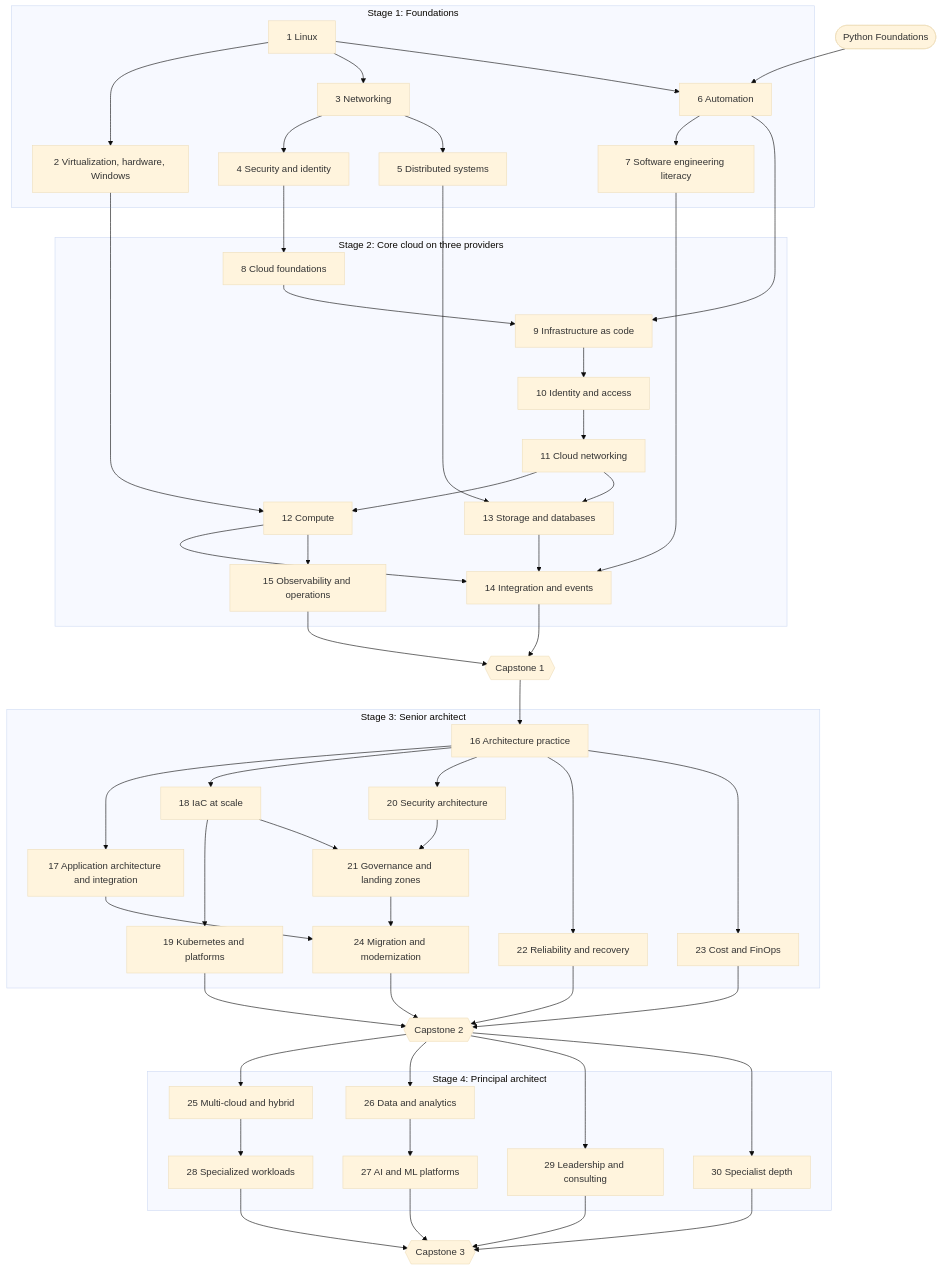
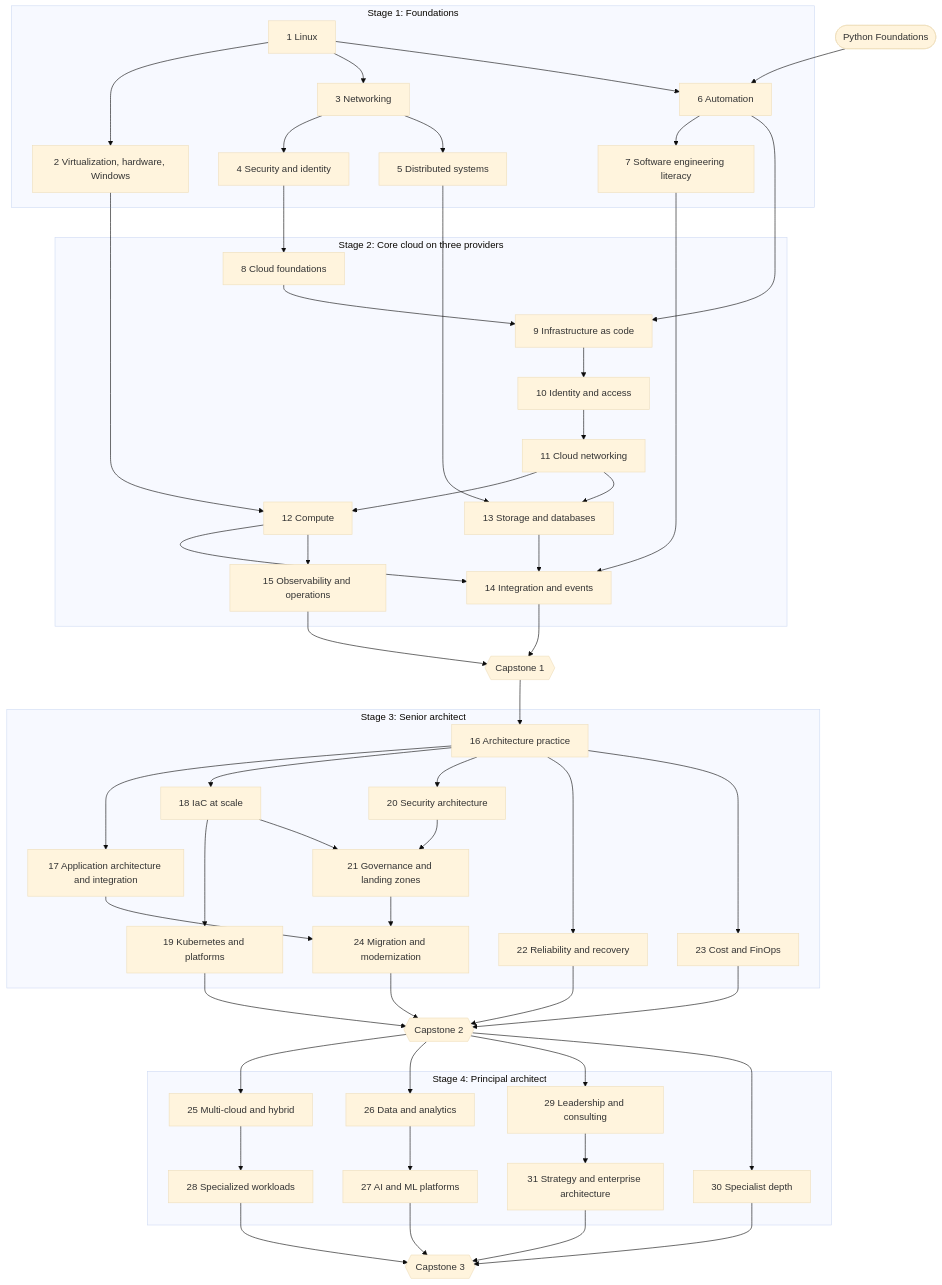
Before and after one commit to arasmussen64/education-platform: the diagram in docs/specs/cloud-solutions-architect.md, drawn with Mermaid (base theme). The commit also changed other lines of this file and 43 other files, not shown here.

````diff
--- a/docs/specs/cloud-solutions-architect.md
+++ b/docs/specs/cloud-solutions-architect.md
@@ -149,63 +193,65 @@
 ```mermaid
 flowchart TB
   py(["Python Foundations"])
   subgraph S1["Stage 1: Foundations"]
     m1["1 Linux"] --> m2["2 Virtualization, hardware, Windows"]
     m1 --> m3["3 Networking"]
     m3 --> m4["4 Security and identity"]
     m3 --> m5["5 Distributed systems"]
     m1 --> m6["6 Automation"]
     m6 --> m7["7 Software engineering literacy"]
   end
   py --> m6
 
   subgraph S2["Stage 2: Core cloud on three providers"]
     m8["8 Cloud foundations"] --> m9["9 Infrastructure as code"]
     m9 --> m10["10 Identity and access"]
     m10 --> m11["11 Cloud networking"]
     m11 --> m12["12 Compute"]
     m11 --> m13["13 Storage and databases"]
     m12 --> m14["14 Integration and events"]
     m13 --> m14
     m12 --> m15["15 Observability and operations"]
   end
   m4 --> m8
   m6 --> m9
   m2 --> m12
   m5 --> m13
   m7 --> m14
   m14 --> c1{{"Capstone 1"}}
   m15 --> c1
 
   subgraph S3["Stage 3: Senior architect"]
     m16["16 Architecture practice"]
     m17["17 Application architecture and integration"]
     m18["18 IaC at scale"]
     m19["19 Kubernetes and platforms"]
     m20["20 Security architecture"]
     m21["21 Governance and landing zones"]
     m22["22 Reliability and recovery"]
     m23["23 Cost and FinOps"]
     m24["24 Migration and modernization"]
     m16 --> m17 & m18 & m20 & m22 & m23
     m18 --> m19 & m21
     m20 --> m21
     m17 --> m24
     m21 --> m24
   end
   c1 --> m16
   m19 & m22 & m23 & m24 --> c2{{"Capstone 2"}}
 
   subgraph S4["Stage 4: Principal architect"]
     m25["25 Multi-cloud and hybrid"]
     m26["26 Data and analytics"]
     m27["27 AI and ML platforms"]
     m28["28 Specialized workloads"]
     m29["29 Leadership and consulting"]
     m30["30 Specialist depth"]
+    m31["31 Strategy and enterprise architecture"]
     m26 --> m27
     m25 --> m28
+    m29 --> m31
   end
   c2 --> m25 & m26 & m29 & m30
-  m27 & m28 & m29 & m30 --> c3{{"Capstone 3"}}
+  m27 & m28 & m30 & m31 --> c3{{"Capstone 3"}}
 ```
````
